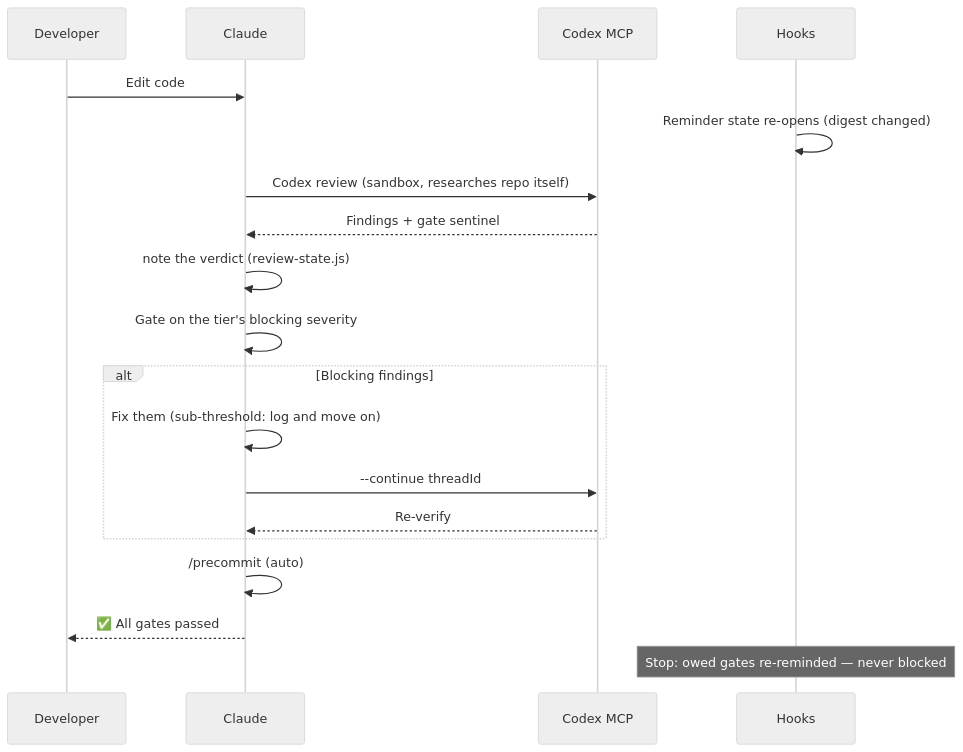
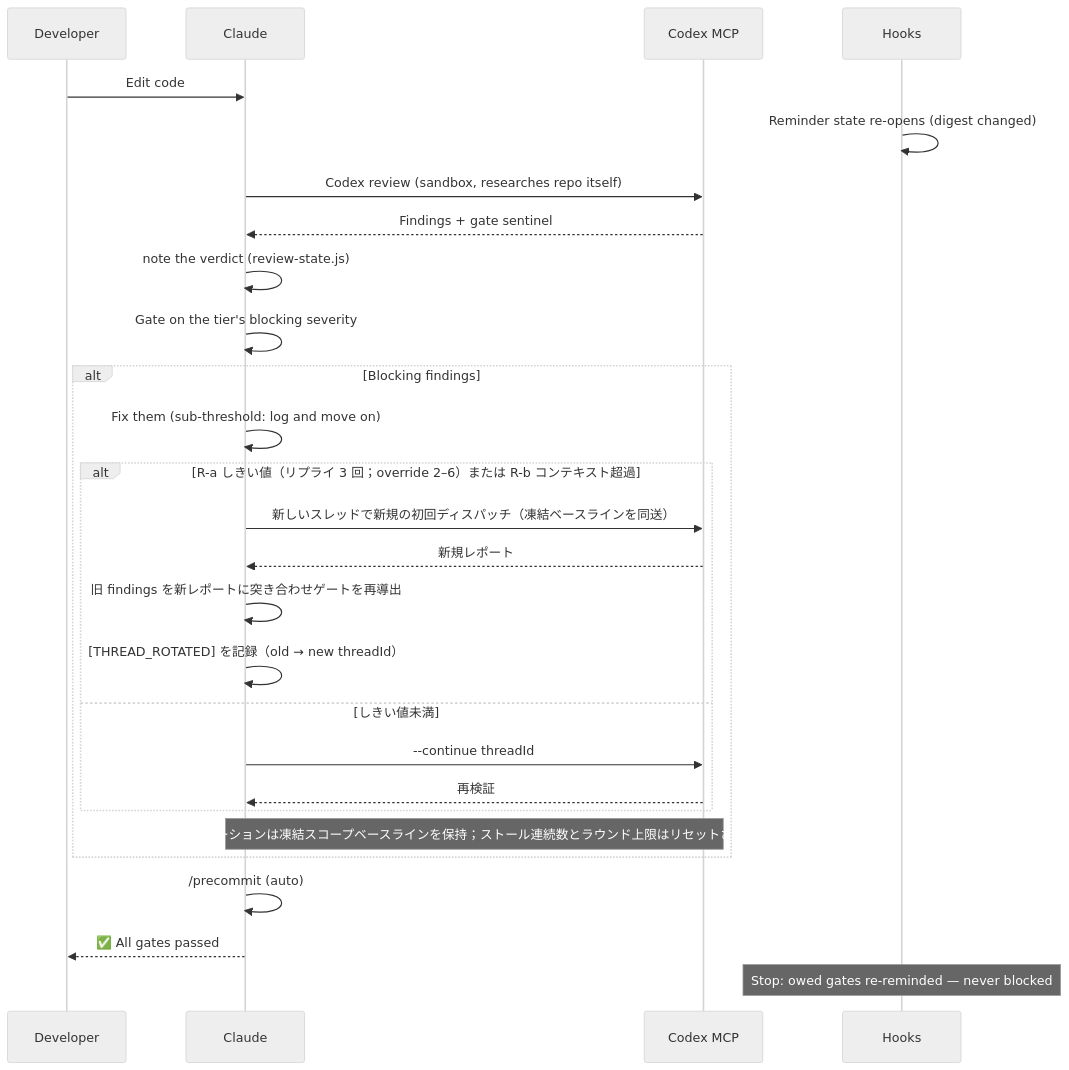
One commit to sd0xdev/sd0x-dev-flow changed the second of 3 diagrams in README.ja.md. Above: the diagram before and after it, drawn with Mermaid (neutral theme). The commit also changed other lines of this file and 5 other files, not shown here.

````diff
--- a/README.ja.md
+++ b/README.ja.md
@@ -133,25 +133,33 @@
 ```mermaid
 sequenceDiagram
     participant D as Developer
     participant C as Claude
     participant X as Codex MCP
     participant H as Hooks
 
     D->>C: Edit code
     H->>H: Reminder state re-opens (digest changed)
     C->>X: Codex review (sandbox, researches repo itself)
     X-->>C: Findings + gate sentinel
     C->>C: note the verdict (review-state.js)
     C->>C: Gate on the tier's blocking severity
 
     alt Blocking findings
         C->>C: Fix them (sub-threshold: log and move on)
-        C->>X: --continue threadId
-        X-->>C: Re-verify
+        alt R-a しきい値（リプライ 3 回；override 2–6）または R-b コンテキスト超過
+            C->>X: 新しいスレッドで新規の初回ディスパッチ（凍結ベースラインを同送）
+            X-->>C: 新規レポート
+            C->>C: 旧 findings を新レポートに突き合わせゲートを再導出
+            C->>C: [THREAD_ROTATED] を記録（old → new threadId）
+        else しきい値未満
+            C->>X: --continue threadId
+            X-->>C: 再検証
+        end
+        Note over C,X: ローテーションは凍結スコープベースラインを保持；ストール連続数とラウンド上限はリセットされない
     end
 
     C->>C: /precommit (auto)
     C-->>D: ✅ All gates passed
 
     Note over H: Stop: owed gates re-reminded — never blocked
 ```
````
